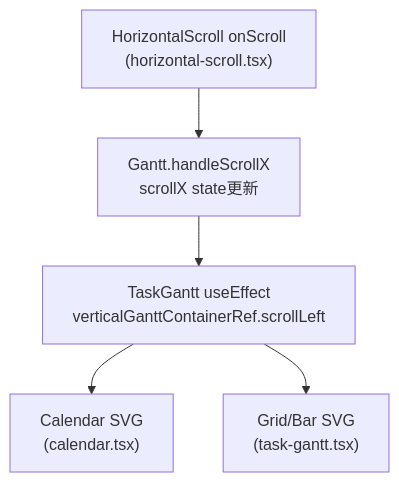
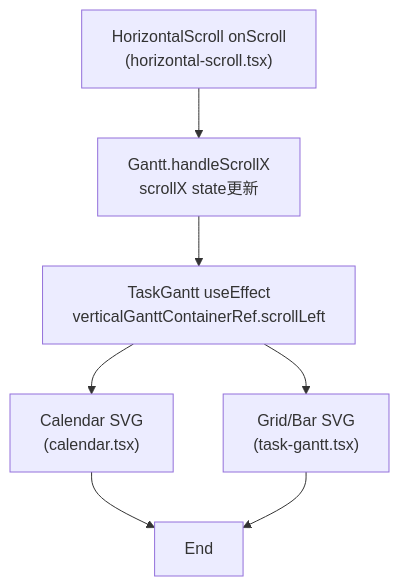
Before and after one commit to LevelCapTech/gantt-task-react-custom: the diagram in .github/copilot/90-research/45-research.md, drawn with Mermaid. The commit also changed other lines of this file, not shown here.

````diff
--- a/.github/copilot/90-research/45-research.md
+++ b/.github/copilot/90-research/45-research.md
@@ -15,7 +17,9 @@
 ```mermaid
 flowchart TD
   A["HorizontalScroll onScroll\n(horizontal-scroll.tsx)"] --> B["Gantt.handleScrollX\nscrollX state更新"]
   B --> C["TaskGantt useEffect\nverticalGanttContainerRef.scrollLeft"]
   C --> D["Calendar SVG\n(calendar.tsx)"]
   C --> E["Grid/Bar SVG\n(task-gantt.tsx)"]
+  D --> F["End"]
+  E --> F
 ```
````
